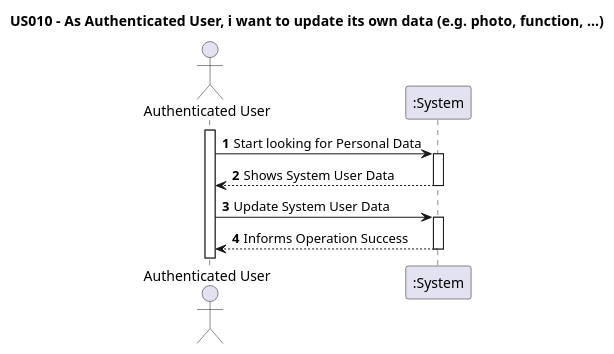
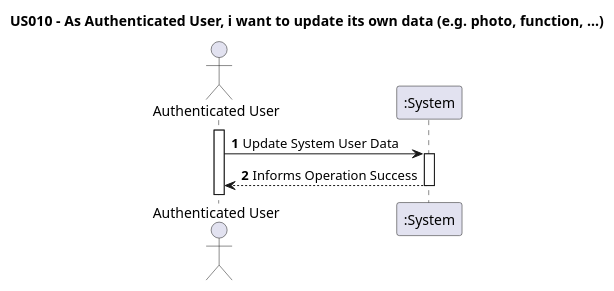
The diagram in docs/Sprint1/US010/US010-SSD.puml (nunogon1211787/projectManagement), drawn with PlantUML before and after one commit. The commit also changed 152 other files, not shown here.

```diff
--- a/docs/Sprint1/US010/US010-SSD.puml
+++ b/docs/Sprint1/US010/US010-SSD.puml
@@ -1,20 +1,17 @@
 @startuml
 'https://plantuml.com/sequence-diagram
 
 title US010 - As Authenticated User, i want to update its own data (e.g. photo, function, ...)
 
 autoactivate on
 autonumber
 
 actor "Authenticated User" as user
 participant ":System" as System
 
 activate user
 
-user -> System: Start looking for Personal Data
-System --> user: Shows System User Data
-
 user -> System: Update System User Data
 System --> user: Informs Operation Success
 
 @enduml
```
